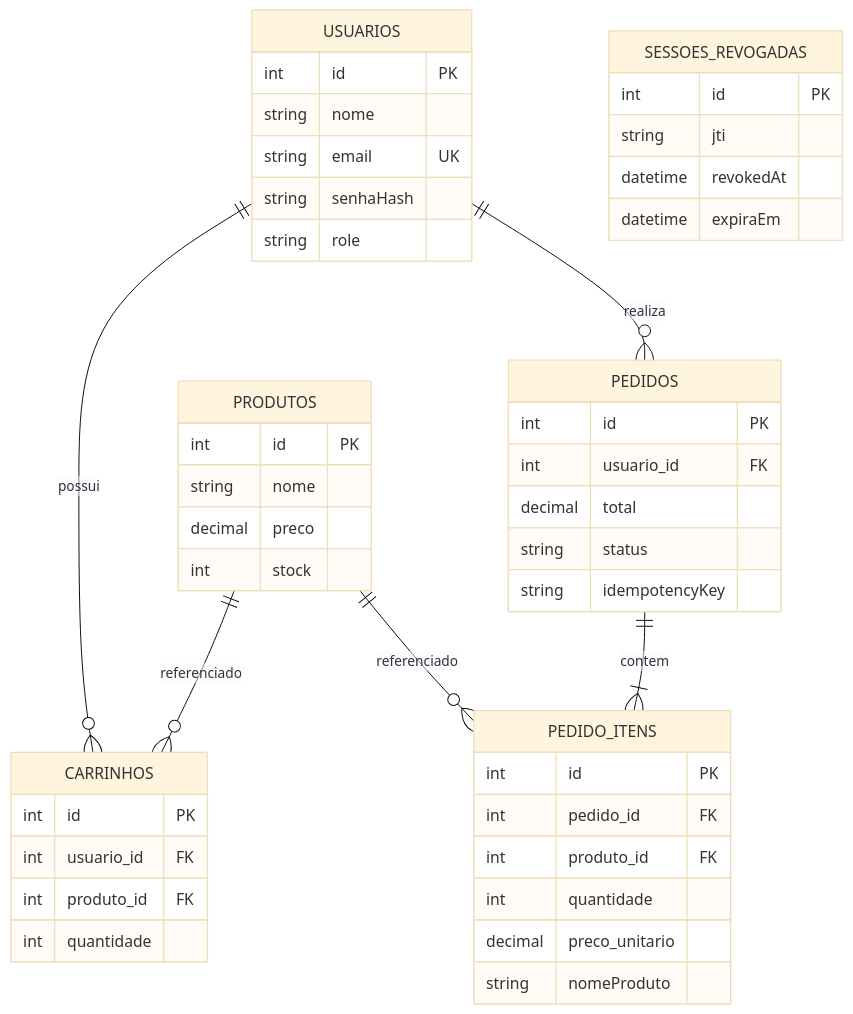
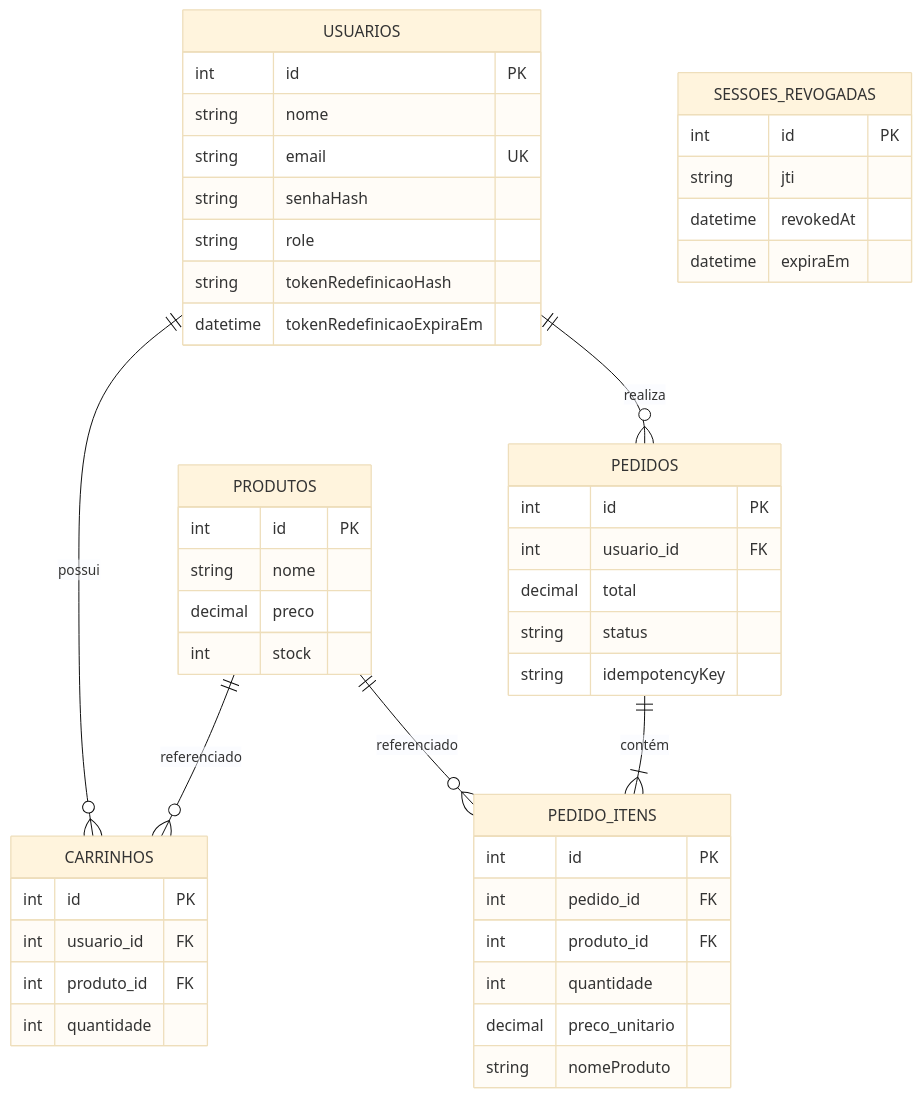
The diagram in docs/DOCUMENTACAO_TECNICA.md (laas26/techstore-db-mvp), drawn with Mermaid (base theme) before and after one commit. The commit also changed other lines of this file, not shown here.

````diff
--- a/docs/DOCUMENTACAO_TECNICA.md
+++ b/docs/DOCUMENTACAO_TECNICA.md
@@ -251,54 +251,56 @@
 ```mermaid
 erDiagram
     USUARIOS ||--o{ CARRINHOS : possui
     USUARIOS ||--o{ PEDIDOS : realiza
     PRODUTOS ||--o{ CARRINHOS : referenciado
-    PEDIDOS ||--|{ PEDIDO_ITENS : contem
+    PEDIDOS ||--|{ PEDIDO_ITENS : contém
     PRODUTOS ||--o{ PEDIDO_ITENS : referenciado
 
     USUARIOS {
         int id PK
         string nome
         string email UK
         string senhaHash
         string role
+        string tokenRedefinicaoHash
+        datetime tokenRedefinicaoExpiraEm
     }
 
     PRODUTOS {
         int id PK
         string nome
         decimal preco
         int stock
     }
 
     CARRINHOS {
         int id PK
         int usuario_id FK
         int produto_id FK
         int quantidade
     }
 
     PEDIDOS {
         int id PK
         int usuario_id FK
         decimal total
         string status
         string idempotencyKey
     }
 
     PEDIDO_ITENS {
         int id PK
         int pedido_id FK
         int produto_id FK
         int quantidade
         decimal preco_unitario
         string nomeProduto
     }
 
     SESSOES_REVOGADAS {
         int id PK
         string jti
         datetime revokedAt
         datetime expiraEm
     }
 ```
````
